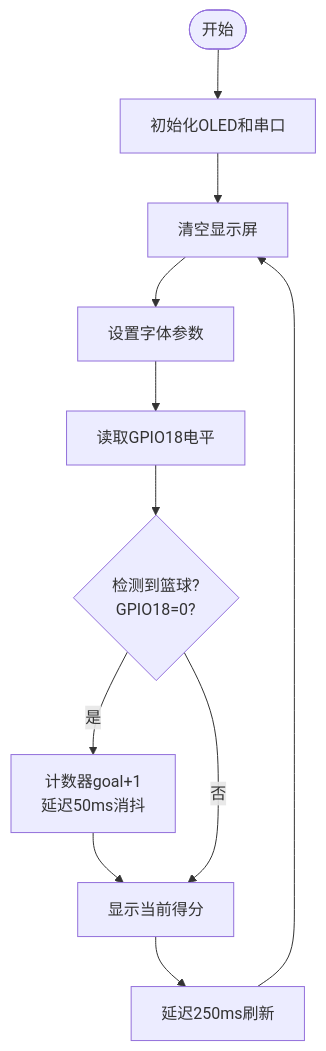
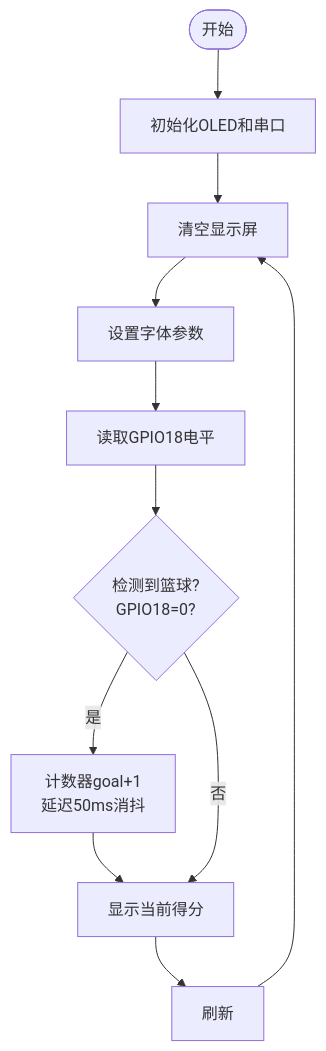
Before and after one commit to keyeswiki/KE3107-ESP32: the diagram in docs/4. Arduino教程/4.3 课程/课程06.md, drawn with Mermaid. The commit also changed other lines of this file and 82 other files, not shown here.

````diff
--- a/docs/4. Arduino教程/4.3 课程/课程06.md
+++ b/docs/4. Arduino教程/4.3 课程/课程06.md
@@ -160,13 +160,13 @@
 ```mermaid
 graph TD
     A([开始]) --> B[初始化OLED和串口]
     B --> C[清空显示屏]
     C --> D[设置字体参数]
     D --> E[读取GPIO18电平]
     E --> F{检测到篮球?<br>GPIO18=0?}
     F -- 是 --> G[计数器goal+1<br>延迟50ms消抖]
     G --> H[显示当前得分]
     F -- 否 --> H
-    H --> I[延迟250ms刷新]
+    H --> I[刷新]
     I --> C
 ```
````
